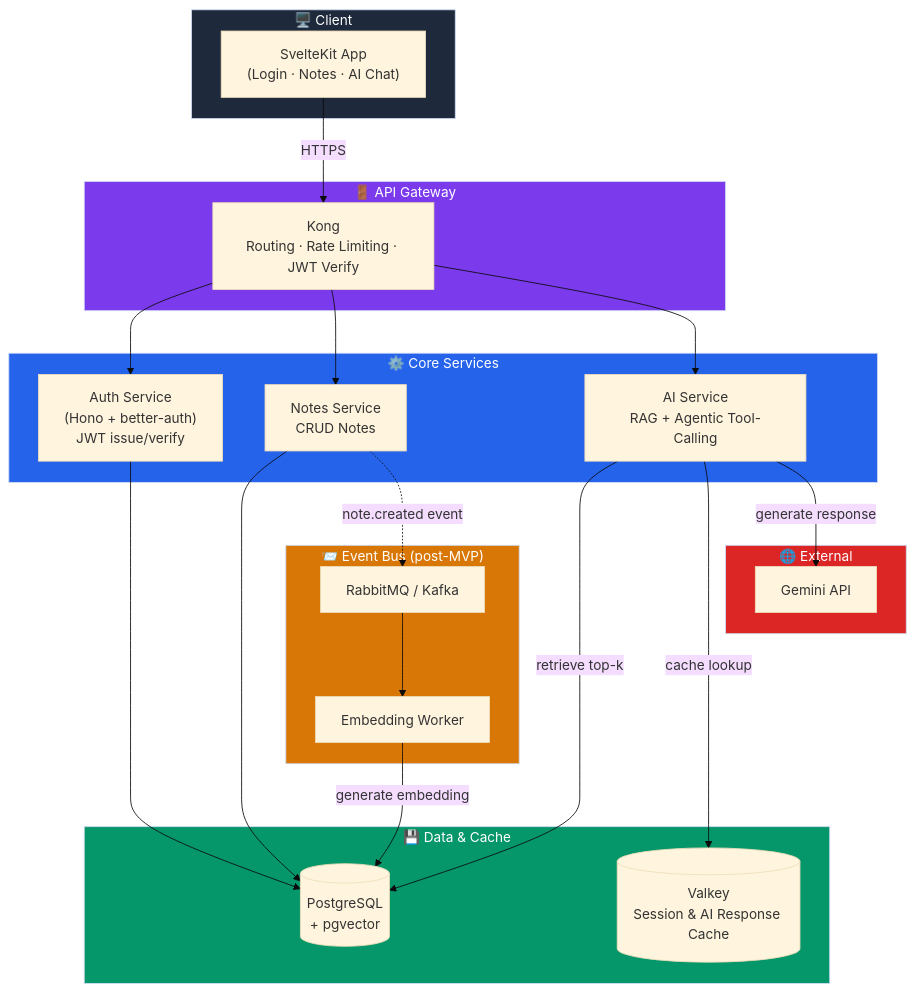
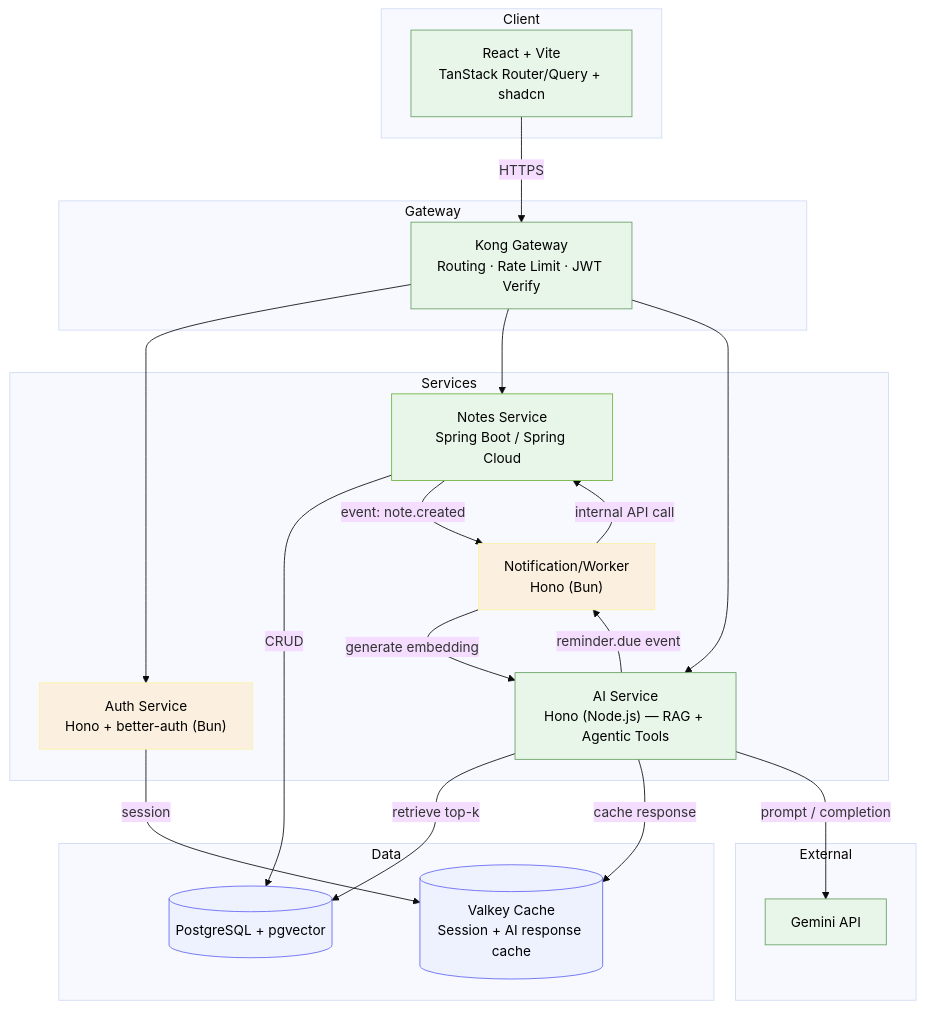
Before and after one commit to nbnguyen75/Synapse: the diagram in README.md, drawn with Mermaid (base theme). The commit also changed other lines of this file and 1 other file, not shown here.

````diff
--- a/README.md
+++ b/README.md
@@ -78,52 +106,51 @@
 ```mermaid
 flowchart TB
-    subgraph Client["🖥️ Client"]
-        FE["SvelteKit App<br/>(Login · Notes · AI Chat)"]
+    subgraph Client
+        UI["React + Vite<br/>TanStack Router/Query + shadcn"]
     end
 
-    subgraph Gateway["🚪 API Gateway"]
-        Kong["Kong<br/>Routing · Rate Limiting · JWT Verify"]
+    subgraph Gateway
+        KONG["Kong Gateway<br/>Routing · Rate Limit · JWT Verify"]
     end
 
-    subgraph Services["⚙️ Core Services"]
-        Auth["Auth Service<br/>(Hono + better-auth)<br/>JWT issue/verify"]
-        Notes["Notes Service<br/>CRUD Notes"]
-        AI["AI Service<br/>RAG + Agentic Tool-Calling"]
+    subgraph Services
+        AUTH["Auth Service<br/>Hono + better-auth (Bun)"]
+        NOTES["Notes Service<br/>Spring Boot / Spring Cloud"]
+        AI["AI Service<br/>Hono (Node.js) — RAG + Agentic Tools"]
+        WORKER["Notification/Worker<br/>Hono (Bun)"]
     end
 
-    subgraph Data["💾 Data & Cache"]
-        PG[("PostgreSQL<br/>+ pgvector")]
-        Valkey[("Valkey<br/>Session & AI Response Cache")]
+    subgraph Data
+        PG[("PostgreSQL + pgvector")]
+        VALKEY[("Valkey Cache<br/>Session + AI response cache")]
     end
 
-    subgraph Async["📨 Event Bus (post-MVP)"]
-        MQ["RabbitMQ / Kafka"]
-        Worker["Embedding Worker"]
+    subgraph External
+        GEMINI["Gemini API"]
     end
 
-    subgraph External["🌐 External"]
-        Gemini["Gemini API"]
-    end
+    UI -->|HTTPS| KONG
+    KONG --> AUTH
+    KONG --> NOTES
+    KONG --> AI
 
-    FE -->|HTTPS| Kong
-    Kong --> Auth
-    Kong --> Notes
-    Kong --> AI
+    AUTH -->|session| VALKEY
+    NOTES -->|CRUD| PG
+    NOTES -->|"event: note.created"| WORKER
+    WORKER -->|generate embedding| AI
+    AI -->|retrieve top-k| PG
+    AI -->|cache response| VALKEY
+    AI -->|"reminder.due event"| WORKER
+    AI -->|prompt / completion| GEMINI
+    WORKER -->|internal API call| NOTES
 
-    Auth --> PG
-    Notes --> PG
-    Notes -.->|note.created event| MQ
-    MQ --> Worker
-    Worker -->|generate embedding| PG
+    classDef bun fill:#fbf0df,stroke:#f9f1a5,color:#000
+    classDef node fill:#e8f5e9,stroke:#68a063,color:#000
+    classDef spring fill:#e8f5e9,stroke:#6db33f,color:#000
+    classDef data fill:#eef2ff,stroke:#6366f1,color:#000
 
-    AI -->|retrieve top-k| PG
-    AI -->|cache lookup| Valkey
-    AI -->|generate response| Gemini
-
-    style Client fill:#1e293b,color:#fff
-    style Gateway fill:#7c3aed,color:#fff
-    style Services fill:#2563eb,color:#fff
-    style Data fill:#059669,color:#fff
-    style Async fill:#d97706,color:#fff
-    style External fill:#dc2626,color:#fff
+    class AUTH,WORKER bun
+    class AI node
+    class NOTES spring
+    class PG,VALKEY data
 ```
````
